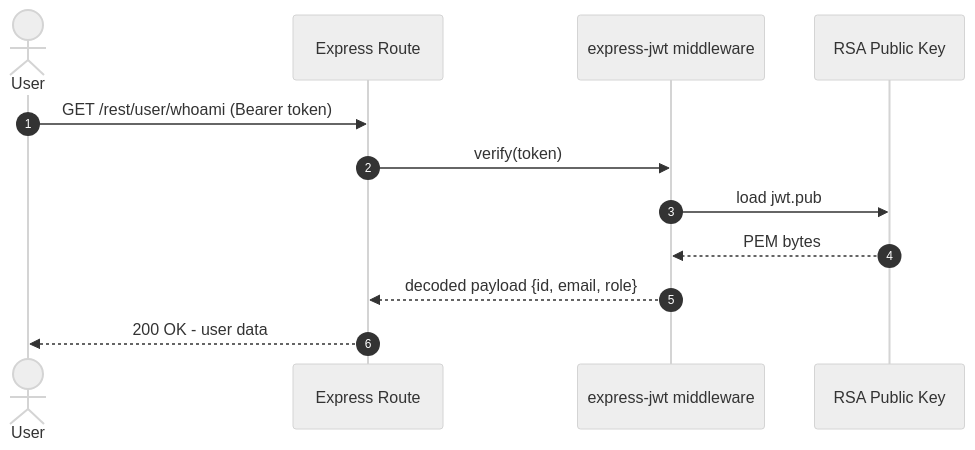
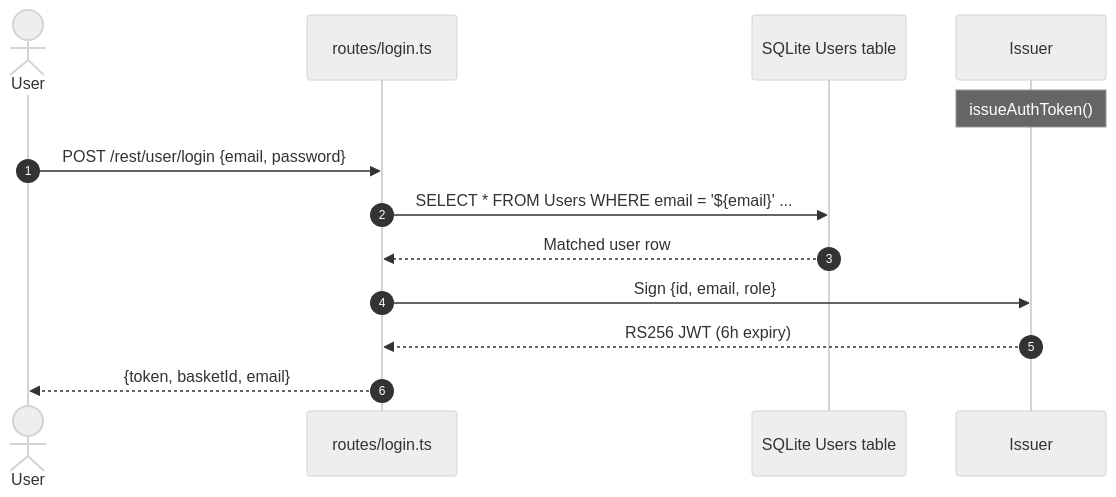
Before and after one commit to appsec-foundry/appsec-advisor: diagram 15 of 15 in examples/threat-modeler/threat-model-juice-shop-standard.md, drawn with Mermaid (neutral theme). The commit also changed other lines of this file, not shown here.

````diff
--- a/examples/threat-modeler/threat-model-juice-shop-standard.md
+++ b/examples/threat-modeler/threat-model-juice-shop-standard.md
@@ -986,15 +914,16 @@
 ```mermaid
 sequenceDiagram
     autonumber
     actor User
-    participant API as Express Route
-    participant MW as express-jwt middleware
-    participant Key as RSA Public Key
+    participant API as routes/login.ts
+    participant DB as SQLite Users table
+    participant Issuer
+    Note over Issuer: issueAuthToken()
 
-    User->>API: GET /rest/user/whoami (Bearer token)
-    API->>MW: verify(token)
-    MW->>Key: load jwt.pub
-    Key-->>MW: PEM bytes
-    MW-->>API: decoded payload {id, email, role}
-    API-->>User: 200 OK - user data
+    User->>API: POST /rest/user/login {email, password}
+    API->>DB: SELECT * FROM Users WHERE email = '${email}' ...
+    DB-->>API: Matched user row
+    API->>Issuer: Sign {id, email, role}
+    Issuer-->>API: RS256 JWT (6h expiry)
+    API-->>User: {token, basketId, email}
 ```
````
